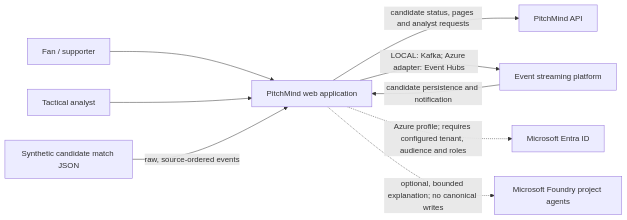
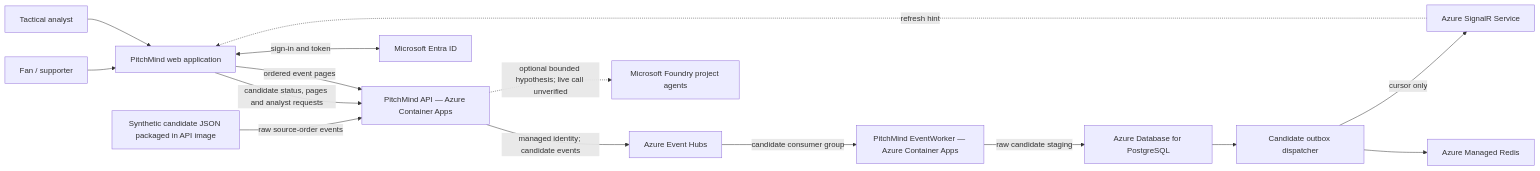
The diagram in docs/architecture/01-system-context.md (prateekgangopadhyay/PitchMind), drawn with Mermaid before and after one commit. The commit also changed other lines of this file and 12 other files, not shown here.

````diff
--- a/docs/architecture/01-system-context.md
+++ b/docs/architecture/01-system-context.md
@@ -5,11 +5,17 @@
 ```mermaid
 flowchart LR
   Fan["Fan / supporter"] --> PM["PitchMind web application"]
   Analyst["Tactical analyst"] --> PM
-  PM -->|"candidate status, pages and analyst requests"| Data["PitchMind API"]
-  Source["Synthetic candidate match JSON"] -->|"raw, source-ordered events"| PM
-  PM -->|"LOCAL: Kafka; Azure adapter: Event Hubs"| Stream["Event streaming platform"]
-  Stream -->|"candidate persistence and notification"| PM
-  PM -. "Azure profile; requires configured tenant, audience and roles" .-> Entra["Microsoft Entra ID"]
-  PM -. "optional, bounded explanation; no canonical writes" .-> Foundry["Microsoft Foundry project agents"]
+  PM -->|"candidate status, pages and analyst requests"| Data["PitchMind API — Azure Container Apps"]
+  Source["Synthetic candidate JSON packaged in API image"] -->|"raw source-order events"| Data
+  Data -->|"managed identity; candidate events"| Stream["Azure Event Hubs"]
+  Stream -->|"candidate consumer group"| Worker["PitchMind EventWorker — Azure Container Apps"]
+  Worker -->|"raw candidate staging"| Store["Azure Database for PostgreSQL"]
+  Store --> Dispatch["Candidate outbox dispatcher"]
+  Dispatch --> Cache["Azure Managed Redis"]
+  Dispatch -->|"cursor only"| Realtime["Azure SignalR Service"]
+  Realtime -. "refresh hint" .-> PM
+  PM -->|"ordered event pages"| Data
+  PM <-->|"sign-in and token"| Entra["Microsoft Entra ID"]
+  Data -. "optional bounded hypothesis; live call unverified" .-> Foundry["Microsoft Foundry project agents"]
 ```
````
